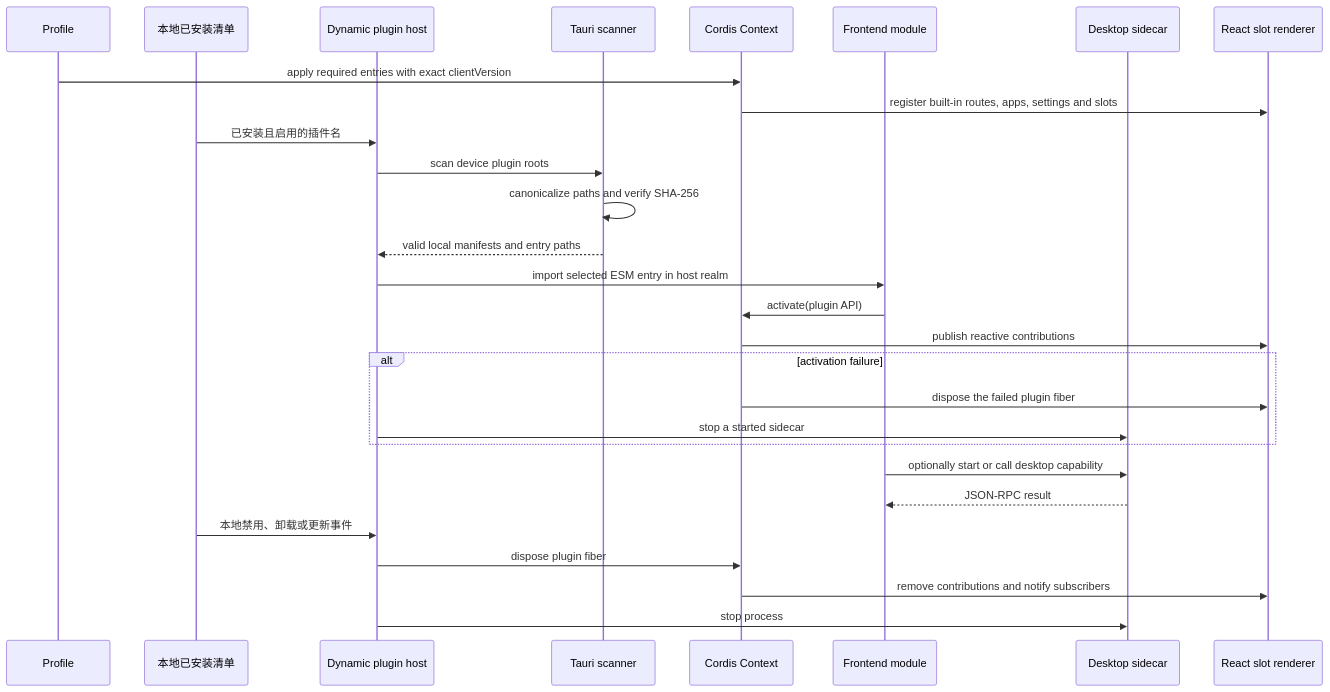
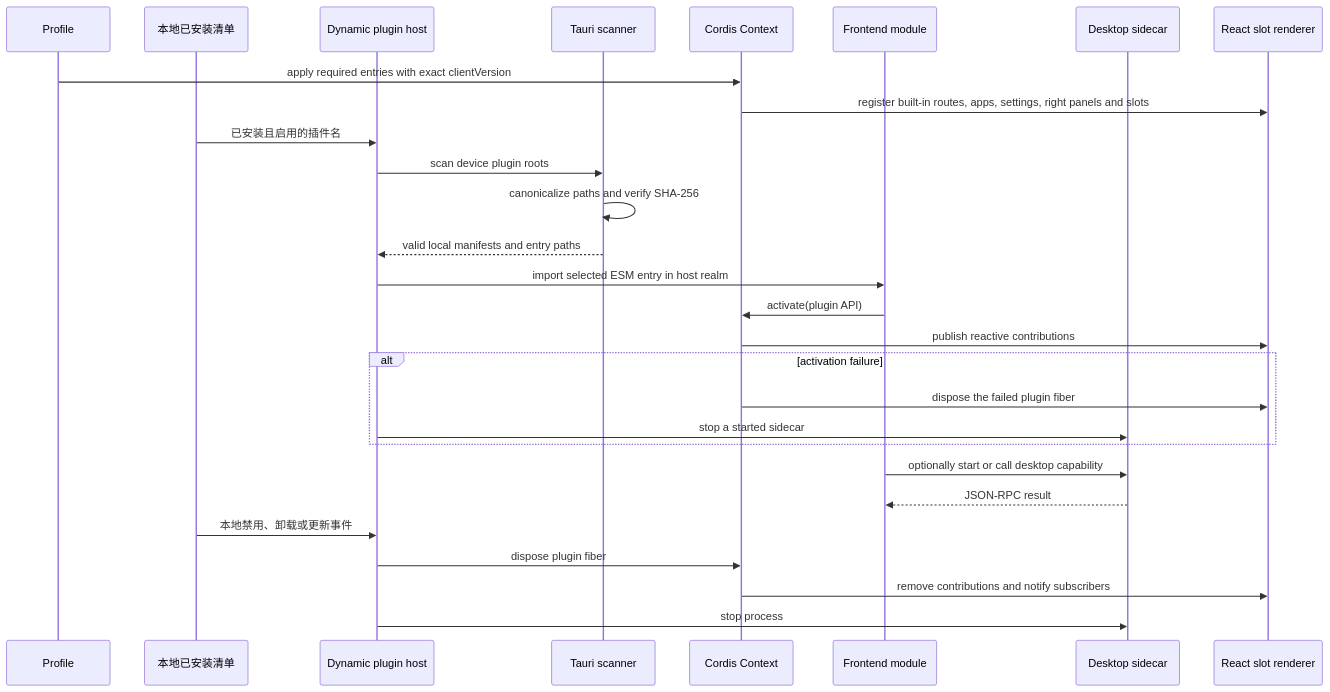
One commit to wecode-ai/Wegent changed the second of 2 diagrams in docs/zh/architecture/workbench-plugin-runtime.md. Above: the diagram before and after it, drawn with Mermaid. The commit also changed other lines of this file and 25 other files, not shown here.

````diff
--- a/docs/zh/architecture/workbench-plugin-runtime.md
+++ b/docs/zh/architecture/workbench-plugin-runtime.md
@@ -26,33 +26,33 @@
 ```mermaid
 sequenceDiagram
     participant P as Profile
     participant I as 本地已安装清单
     participant D as Dynamic plugin host
     participant T as Tauri scanner
     participant C as Cordis Context
     participant F as Frontend module
     participant S as Desktop sidecar
     participant U as React slot renderer
 
     P->>C: apply required entries with exact clientVersion
-    C->>U: register built-in routes, apps, settings and slots
+    C->>U: register built-in routes, apps, settings, right panels and slots
     I->>D: 已安装且启用的插件名
     D->>T: scan device plugin roots
     T->>T: canonicalize paths and verify SHA-256
     T-->>D: valid local manifests and entry paths
     D->>F: import selected ESM entry in host realm
     F->>C: activate(plugin API)
     C->>U: publish reactive contributions
 
     alt activation failure
         C->>U: dispose the failed plugin fiber
         D->>S: stop a started sidecar
     end
 
     F->>S: optionally start or call desktop capability
     S-->>F: JSON-RPC result
     I->>D: 本地禁用、卸载或更新事件
     D->>C: dispose plugin fiber
     C->>U: remove contributions and notify subscribers
     D->>S: stop process
 ```
````
